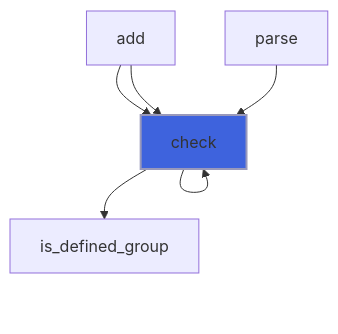
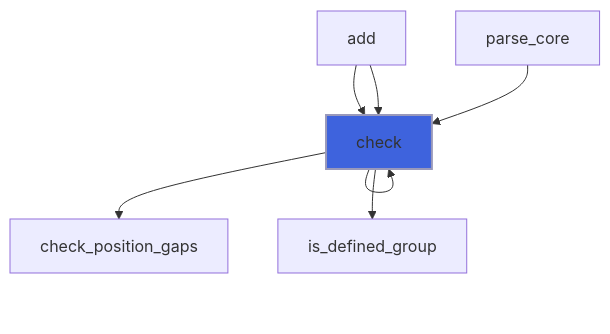
Before and after one commit to szaghi/FLAP: diagram 11 of 57 in docs/api/src/lib/flap_command_line_interface_t.md, drawn with Mermaid. The commit also changed other lines of this file and 17 other files, not shown here.

````diff
--- a/docs/api/src/lib/flap_command_line_interface_t.md
+++ b/docs/api/src/lib/flap_command_line_interface_t.md
@@ -362,10 +544,11 @@
 ```mermaid
 flowchart TD
   add["add"] --> check["check"]
   add["add"] --> check["check"]
   check["check"] --> check["check"]
-  parse["parse"] --> check["check"]
+  parse_core["parse_core"] --> check["check"]
   check["check"] --> check["check"]
+  check["check"] --> check_position_gaps["check_position_gaps"]
   check["check"] --> is_defined_group["is_defined_group"]
   style check fill:#3e63dd,stroke:#99b,stroke-width:2px
 ```
````
